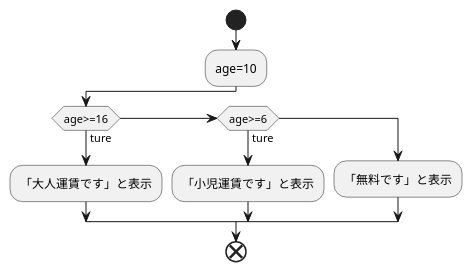
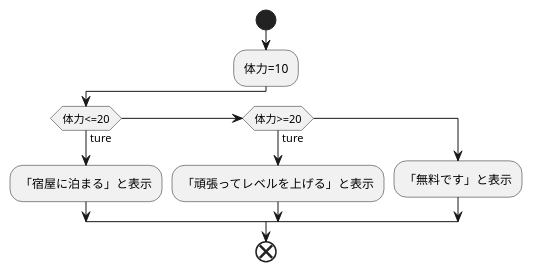
One commit to Aso2001376/2021sys-design changed the diagram in flow.md. Above: the diagram before and after it, drawn with PlantUML.

````diff
--- a/flow.md
+++ b/flow.md
@@ -1,17 +1,17 @@
 ```uml
 @startuml
 start
-:age=10;
+:体力=10;
 
-if(age>=16)then(ture)
-:「大人運賃です」と表示;
-elseif(age>=6)then(ture)
-:「小児運賃です」と表示;
+if(体力<=20)then(ture)
+:「宿屋に泊まる」と表示;
+elseif(体力>=20)then(ture)
+:「頑張ってレベルを上げる」と表示;
 else
 :「無料です」と表示;
 endif
 
 end
 @enduml
 
 ```
````
